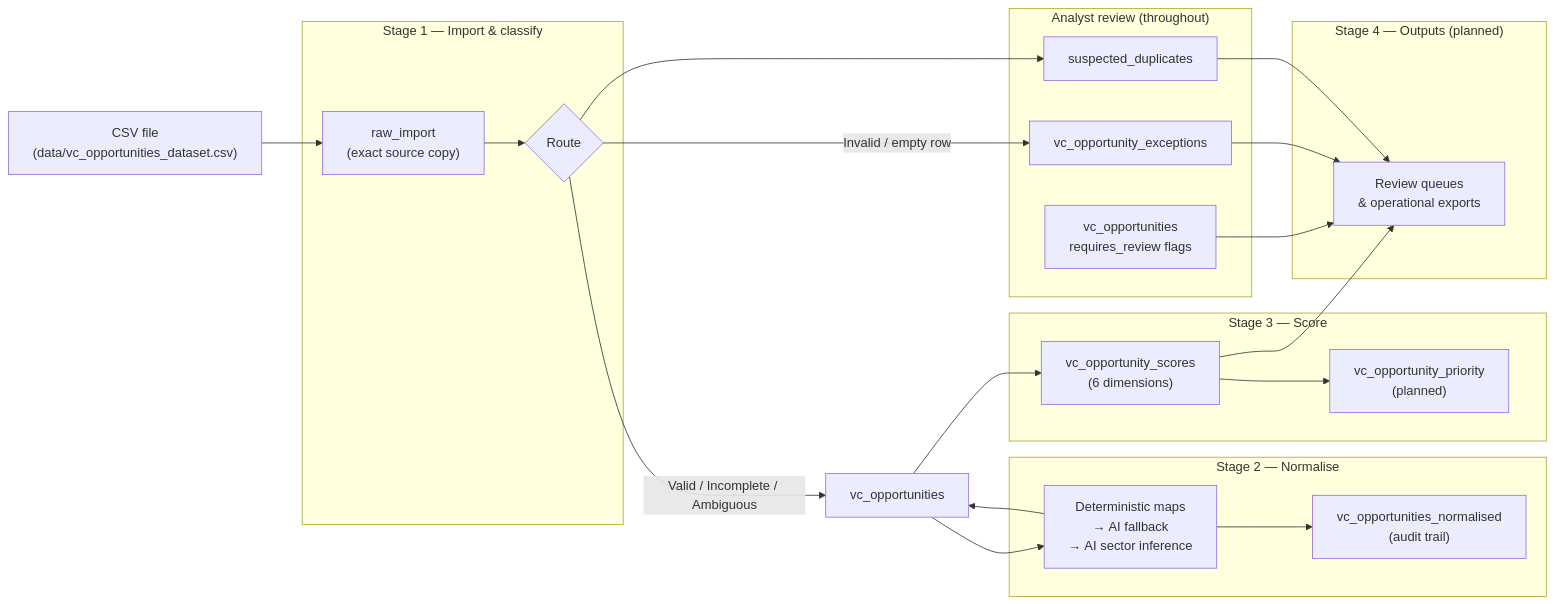
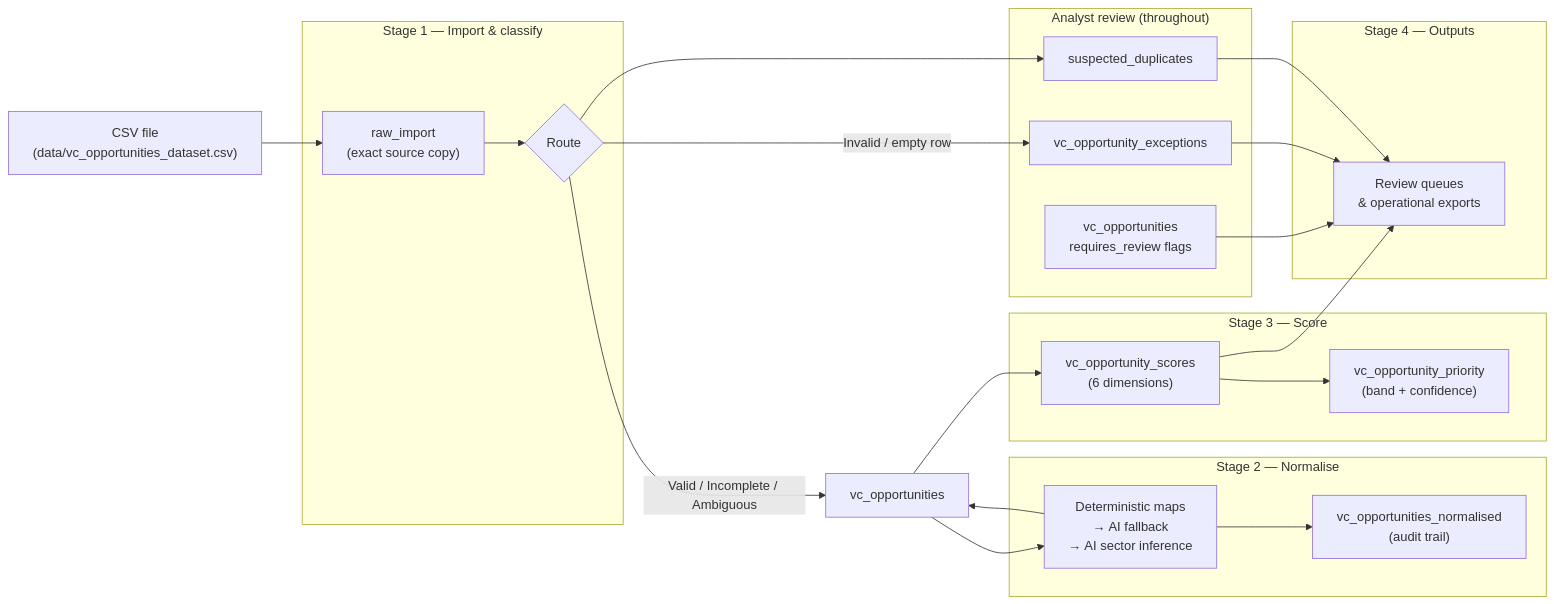
Before and after one commit to Alban-l-2002/Endava_Take_Home: the first of 7 diagrams in docs/PIPELINE_WORKFLOW.md, drawn with Mermaid. The commit also changed other lines of this file and 1 other file, not shown here.

Commit message:
cleaned up read me and docs

````diff
--- a/docs/PIPELINE_WORKFLOW.md
+++ b/docs/PIPELINE_WORKFLOW.md
@@ -14,46 +14,46 @@
 ```mermaid
 flowchart LR
     CSV["CSV file\n(data/vc_opportunities_dataset.csv)"]
 
     subgraph S1["Stage 1 — Import & classify"]
         RI["raw_import\n(exact source copy)"]
         ROUTE{"Route"}
     end
 
     subgraph S2["Stage 2 — Normalise"]
         NORM["Deterministic maps\n→ AI fallback\n→ AI sector inference"]
         AUDIT["vc_opportunities_normalised\n(audit trail)"]
     end
 
     subgraph S3["Stage 3 — Score"]
         SCORES["vc_opportunity_scores\n(6 dimensions)"]
-        PRIORITY["vc_opportunity_priority\n(planned)"]
+        PRIORITY["vc_opportunity_priority\n(band + confidence)"]
     end
 
     subgraph REVIEW["Analyst review (throughout)"]
         EXC["vc_opportunity_exceptions"]
         DUP["suspected_duplicates"]
         FLAGS["vc_opportunities\nrequires_review flags"]
     end
 
-    subgraph S4["Stage 4 — Outputs (planned)"]
+    subgraph S4["Stage 4 — Outputs"]
         OUT["Review queues\n& operational exports"]
     end
 
     CSV --> RI
     RI --> ROUTE
     ROUTE -->|"Invalid / empty row"| EXC
     ROUTE -->|"Valid / Incomplete / Ambiguous"| VO["vc_opportunities"]
     ROUTE --> DUP
 
     VO --> NORM
     NORM --> AUDIT
     NORM --> VO
 
     VO --> SCORES
     SCORES --> PRIORITY
     SCORES --> OUT
     FLAGS --> OUT
     EXC --> OUT
     DUP --> OUT
 ```
````
